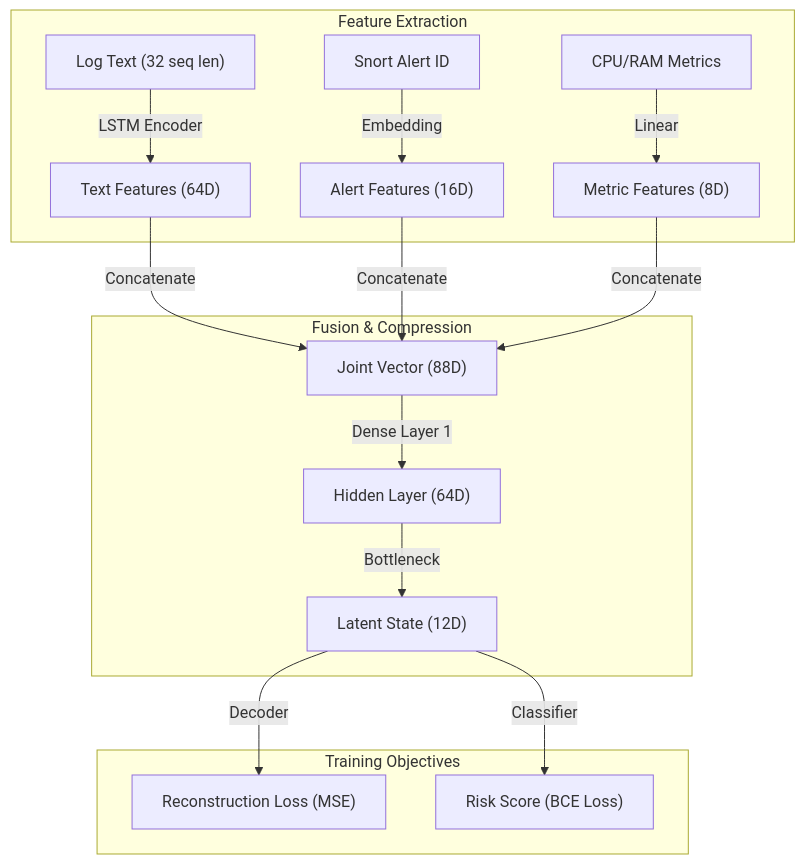
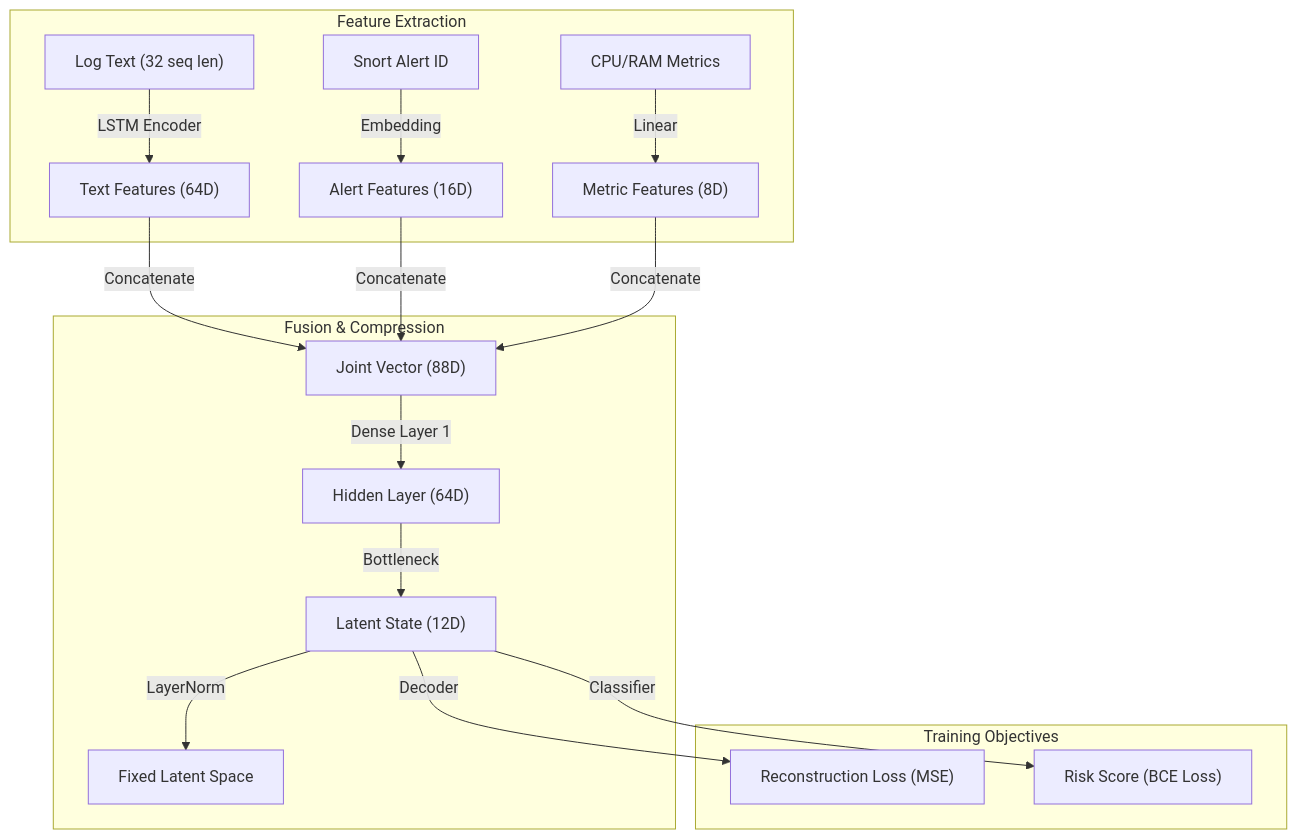
The second of 5 diagrams in README.md (didi-09/AI_DRIVEN_SOAR), drawn with Mermaid before and after one commit. The commit also changed other lines of this file, not shown here.

First line of the commit message:
Enhance README with details on LayerNorm and active learning

````diff
--- a/README.md
+++ b/README.md
@@ -53,23 +53,24 @@
 ```mermaid
 graph TD
     Input_Logs["Log Text (32 seq len)"]
     Input_Alerts["Snort Alert ID"]
     Input_Metrics["CPU/RAM Metrics"]
 
     subgraph "Feature Extraction"
         Input_Logs -->|LSTM Encoder| Feat_Text["Text Features (64D)"]
         Input_Alerts -->|Embedding| Feat_Alert["Alert Features (16D)"]
         Input_Metrics -->|Linear| Feat_Metric["Metric Features (8D)"]
     end
 
     subgraph "Fusion & Compression"
         Feat_Text & Feat_Alert & Feat_Metric -->|Concatenate| Integrated["Joint Vector (88D)"]
         Integrated -->|Dense Layer 1| Hidden["Hidden Layer (64D)"]
         Hidden -->|Bottleneck| Latent["Latent State (12D)"]
+        Latent -->|LayerNorm| Latent_Fixed["Fixed Latent Space"]
     end
 
     subgraph "Training Objectives"
         Latent -->|Decoder| Recon["Reconstruction Loss (MSE)"]
         Latent -->|Classifier| Risk["Risk Score (BCE Loss)"]
     end
 ```
````
